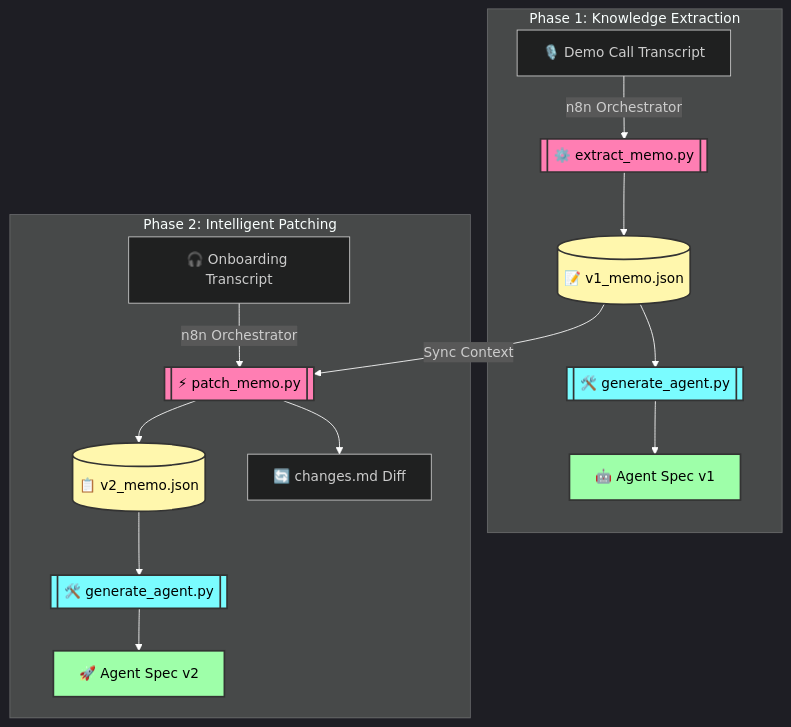
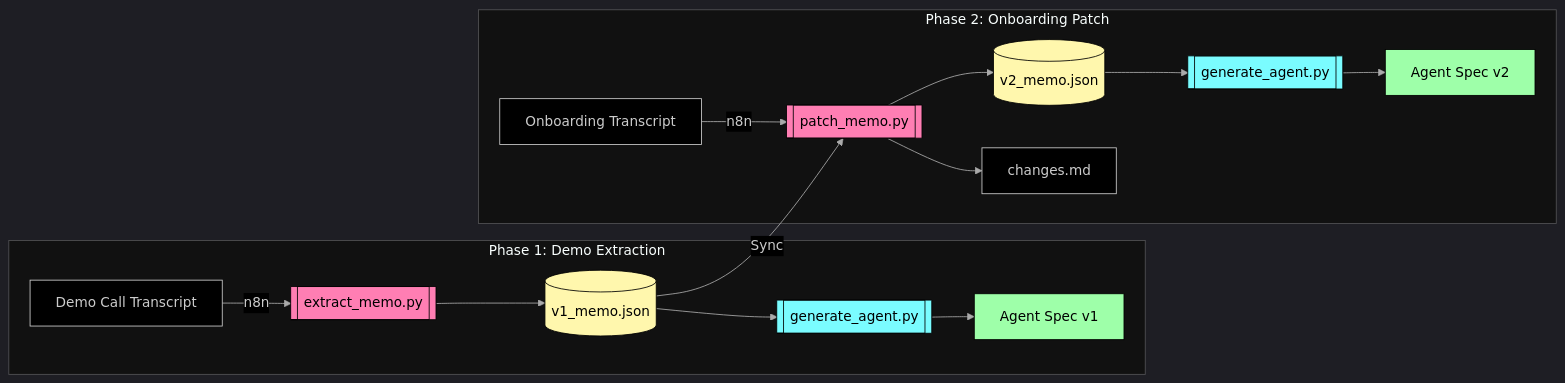
Before and after one commit to Jatin5760/clara-automation-pipeline: the diagram in README.md, drawn with Mermaid. The commit also changed other lines of this file, not shown here.

Commit message:
fix: replace overlapping TD diagram with clean LR layout and black background

````diff
--- a/README.md
+++ b/README.md
@@ -30,43 +30,29 @@
 ```mermaid
-%%{init: {'theme': 'dark', 'themeVariables': { 'background': '#000000', 'primaryTextColor': '#ffffff', 'lineColor': '#ffffff'}}}%%
-graph TD
-    %% Node Definitions
-    A1[🎙️ Demo Call Transcript]
-    B1[[⚙️ extract_memo.py]]
-    C1[(📝 v1_memo.json)]
-    D1[[🛠️ generate_agent.py]]
-    E1[🤖 Agent Spec v1]
-
-    A2[🎧 Onboarding Transcript]
-    B2[[⚡ patch_memo.py]]
-    C2[(📋 v2_memo.json)]
-    D2[🔄 changes.md Diff]
-    E2[[🛠️ generate_agent.py]]
-    F2[🚀 Agent Spec v2]
-
-    subgraph "Phase 1: Knowledge Extraction"
-        A1 -->|n8n Orchestrator| B1
-        B1 --> C1
-        C1 --> D1
-        D1 --> E1
+%%{init: {"theme": "dark", "themeVariables": {"background": "#000000", "mainBkg": "#000000", "clusterBkg": "#111111", "primaryTextColor": "#ffffff", "lineColor": "#aaaaaa", "edgeLabelBackground": "#000000"}}}%%
+graph LR
+    subgraph PA ["Phase 1: Demo Extraction"]
+        A1[Demo Call Transcript] -->|n8n| B1[[extract_memo.py]]
+        B1 --> C1[(v1_memo.json)]
+        C1 --> D1[[generate_agent.py]]
+        D1 --> E1[Agent Spec v1]
     end
 
-    subgraph "Phase 2: Intelligent Patching"
-        A2 -->|n8n Orchestrator| B2
-        C1 -->|Sync Context| B2
-        B2 --> C2
-        B2 --> D2
-        C2 --> E2
-        E2 --> F2
+    subgraph PB ["Phase 2: Onboarding Patch"]
+        A2[Onboarding Transcript] -->|n8n| B2[[patch_memo.py]]
+        B2 --> C2[(v2_memo.json)]
+        B2 --> D2[changes.md]
+        C2 --> E2[[generate_agent.py]]
+        E2 --> F2[Agent Spec v2]
     end
 
-    %% Professional Styling
-    style B1 fill:#ff7eb3,stroke:#333,stroke-width:2px,color:#000
-    style B2 fill:#ff7eb3,stroke:#333,stroke-width:2px,color:#000
-    style D1 fill:#7afcff,stroke:#333,stroke-width:2px,color:#000
-    style E1 fill:#9effa9,stroke:#333,stroke-width:2px,color:#000
-    style E2 fill:#7afcff,stroke:#333,stroke-width:2px,color:#000
-    style F2 fill:#9effa9,stroke:#333,stroke-width:2px,color:#000
-    style C1 fill:#fff7ad,stroke:#333,stroke-width:2px,color:#000
-    style C2 fill:#fff7ad,stroke:#333,stroke-width:2px,color:#000
+    C1 -->|Sync| B2
+
+    style B1 fill:#ff7eb3,stroke:#000,color:#000
+    style B2 fill:#ff7eb3,stroke:#000,color:#000
+    style D1 fill:#7afcff,stroke:#000,color:#000
+    style E2 fill:#7afcff,stroke:#000,color:#000
+    style E1 fill:#9effa9,stroke:#000,color:#000
+    style F2 fill:#9effa9,stroke:#000,color:#000
+    style C1 fill:#fff7ad,stroke:#000,color:#000
+    style C2 fill:#fff7ad,stroke:#000,color:#000
 ```
````
